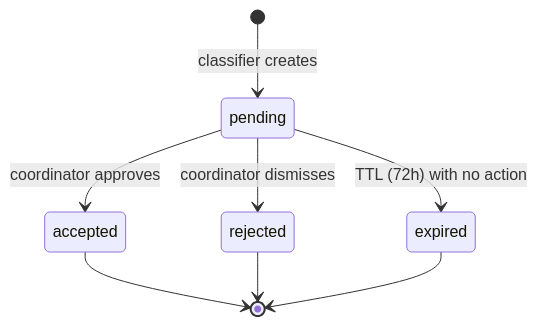
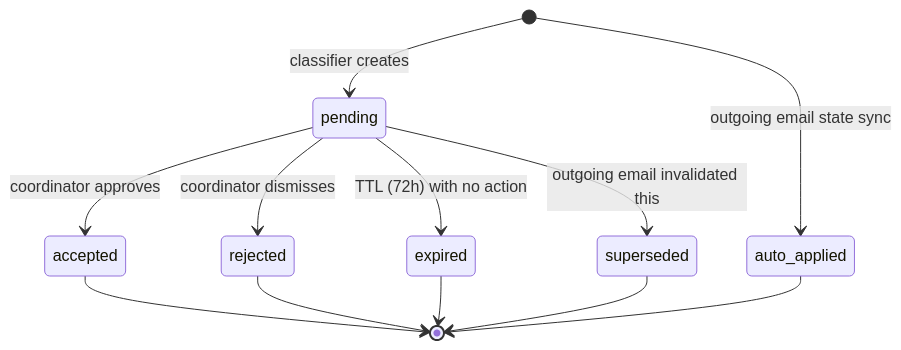
Before and after one commit to nsadeh/lrp-scheduling-agent: the fourth of 4 diagrams in rfcs/rfc-email-classifier.md, drawn with Mermaid. The commit also changed other lines of this file, not shown here.

First line of the commit message:
docs(rfc): add outgoing email state sync to classifier

````diff
--- a/rfcs/rfc-email-classifier.md
+++ b/rfcs/rfc-email-classifier.md
@@ -354,10 +367,14 @@
 ```mermaid
 stateDiagram-v2
     [*] --> pending: classifier creates
+    [*] --> auto_applied: outgoing email state sync
     pending --> accepted: coordinator approves
     pending --> rejected: coordinator dismisses
     pending --> expired: TTL (72h) with no action
+    pending --> superseded: outgoing email invalidated this
     accepted --> [*]
     rejected --> [*]
     expired --> [*]
+    auto_applied --> [*]
+    superseded --> [*]
 ```
````
